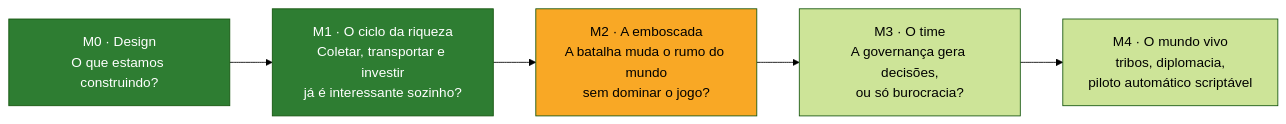
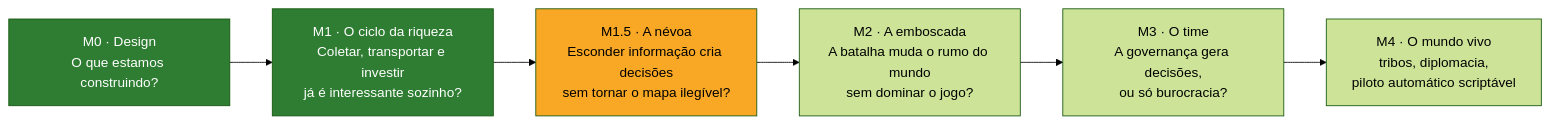
Before and after one commit to eliasfeijo/geometrix: the first of 8 diagrams in docs/OVERVIEW.md, drawn with Mermaid (forest theme). The commit also changed other lines of this file and 4 other files, not shown here.

First line of the commit message:
docs: add milestone M1.5 to the roadmap

````diff
--- a/docs/OVERVIEW.md
+++ b/docs/OVERVIEW.md
@@ -81,10 +81,11 @@
 ```mermaid
 flowchart LR
     M0["M0 · Design<br/>O que estamos construindo?"] --> M1["M1 · O ciclo da riqueza<br/>Coletar, transportar e investir<br/>já é interessante sozinho?"]
-    M1 --> M2["M2 · A emboscada<br/>A batalha muda o rumo do mundo<br/>sem dominar o jogo?"]
+    M1 --> M15["M1.5 · A névoa<br/>Esconder informação cria decisões<br/>sem tornar o mapa ilegível?"]
+    M15 --> M2["M2 · A emboscada<br/>A batalha muda o rumo do mundo<br/>sem dominar o jogo?"]
     M2 --> M3["M3 · O time<br/>A governança gera decisões,<br/>ou só burocracia?"]
     M3 --> M4["M4 · O mundo vivo<br/>tribos, diplomacia,<br/>piloto automático scriptável"]
     style M0 fill:#2e7d32,color:#fff
     style M1 fill:#2e7d32,color:#fff
-    style M2 fill:#f9a825,color:#000
+    style M15 fill:#f9a825,color:#000
 ```
````
